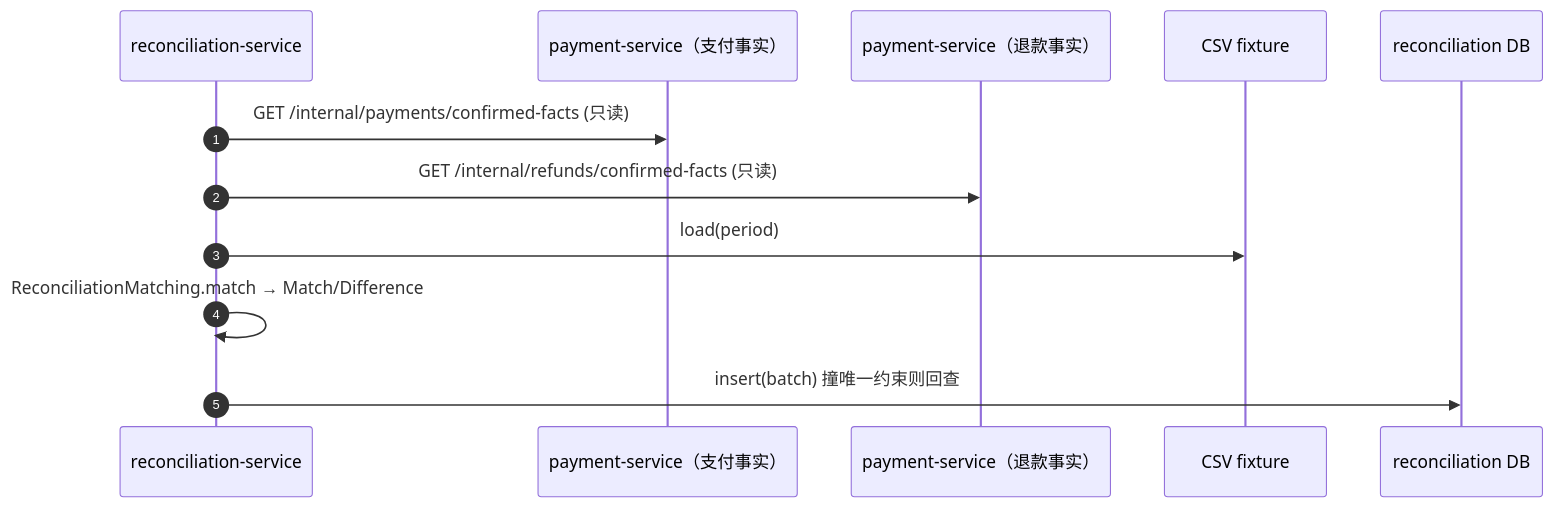
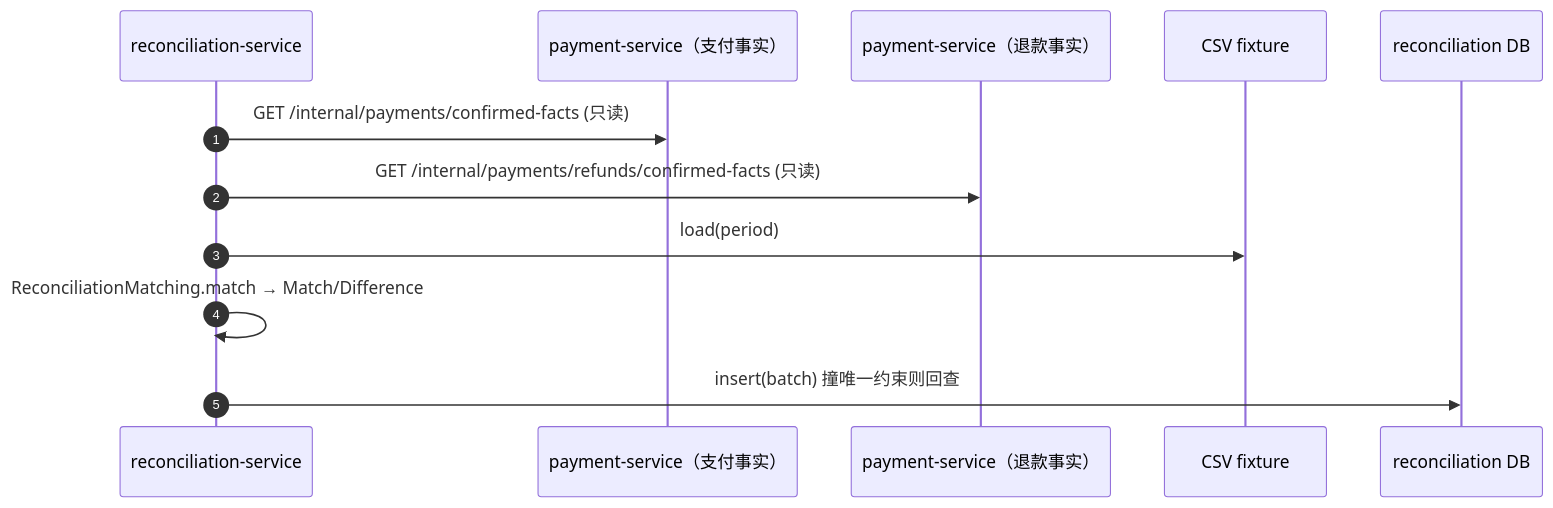
One commit to ckcky/Payment changed the fourth of 5 diagrams in docs/architecture/systems/reconciliation-service.md. Above: the diagram before and after it, drawn with Mermaid. The commit also changed other lines of this file and 266 other files, not shown here.

````diff
--- a/docs/architecture/systems/reconciliation-service.md
+++ b/docs/architecture/systems/reconciliation-service.md
@@ -460,14 +460,14 @@
 ```mermaid
 sequenceDiagram
     autonumber
     participant R as reconciliation-service
     participant P as payment-service（支付事实）
     participant F as payment-service（退款事实）
     participant C as CSV fixture
     participant DB as reconciliation DB
     R->>P: GET /internal/payments/confirmed-facts (只读)
-    R->>F: GET /internal/refunds/confirmed-facts (只读)
+    R->>F: GET /internal/payments/refunds/confirmed-facts (只读)
     R->>C: load(period)
     R->>R: ReconciliationMatching.match → Match/Difference
     R->>DB: insert(batch) 撞唯一约束则回查
 ```
````
